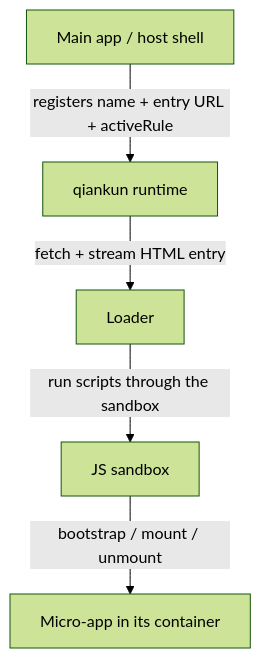
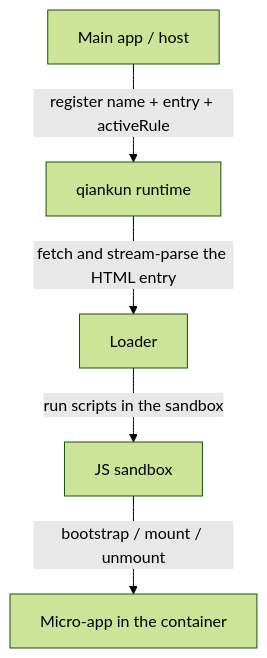
One commit to umijs/qiankun changed the diagram in docs/guide/what-is-qiankun.md. Above: the diagram before and after it, drawn with Mermaid (forest theme). The commit also changed other lines of this file and 63 other files, not shown here.

````diff
--- a/docs/guide/what-is-qiankun.md
+++ b/docs/guide/what-is-qiankun.md
@@ -22,7 +24,7 @@
 ```mermaid
 flowchart TD
-  A[Main app / host shell] -->|registers name + entry URL + activeRule| Q[qiankun runtime]
-  Q -->|fetch + stream HTML entry| L[Loader]
-  L -->|run scripts through the sandbox| S[JS sandbox]
-  S -->|bootstrap / mount / unmount| M[Micro-app in its container]
+  A["Main app / host"] -->|"register name + entry + activeRule"| Q["qiankun runtime"]
+  Q -->|"fetch and stream-parse the HTML entry"| L["Loader"]
+  L -->|"run scripts in the sandbox"| S["JS sandbox"]
+  S -->|"bootstrap / mount / unmount"| M["Micro-app in the container"]
 ```
````
